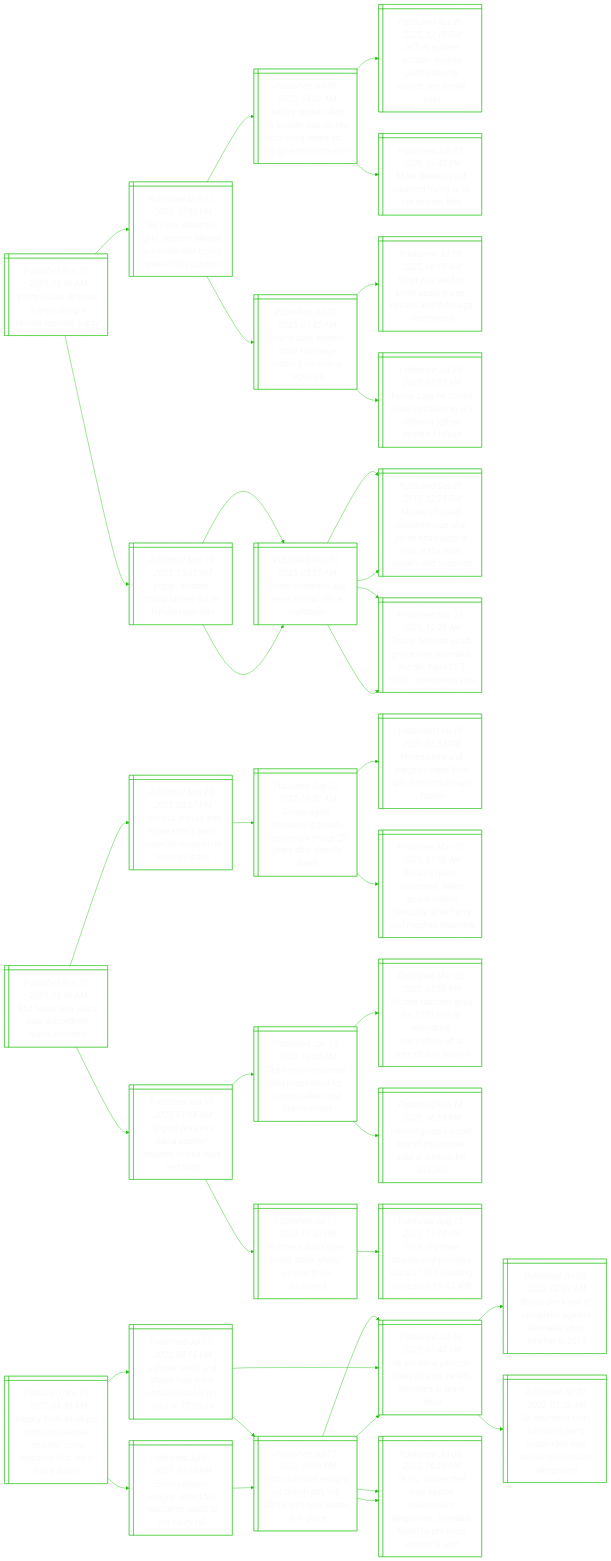
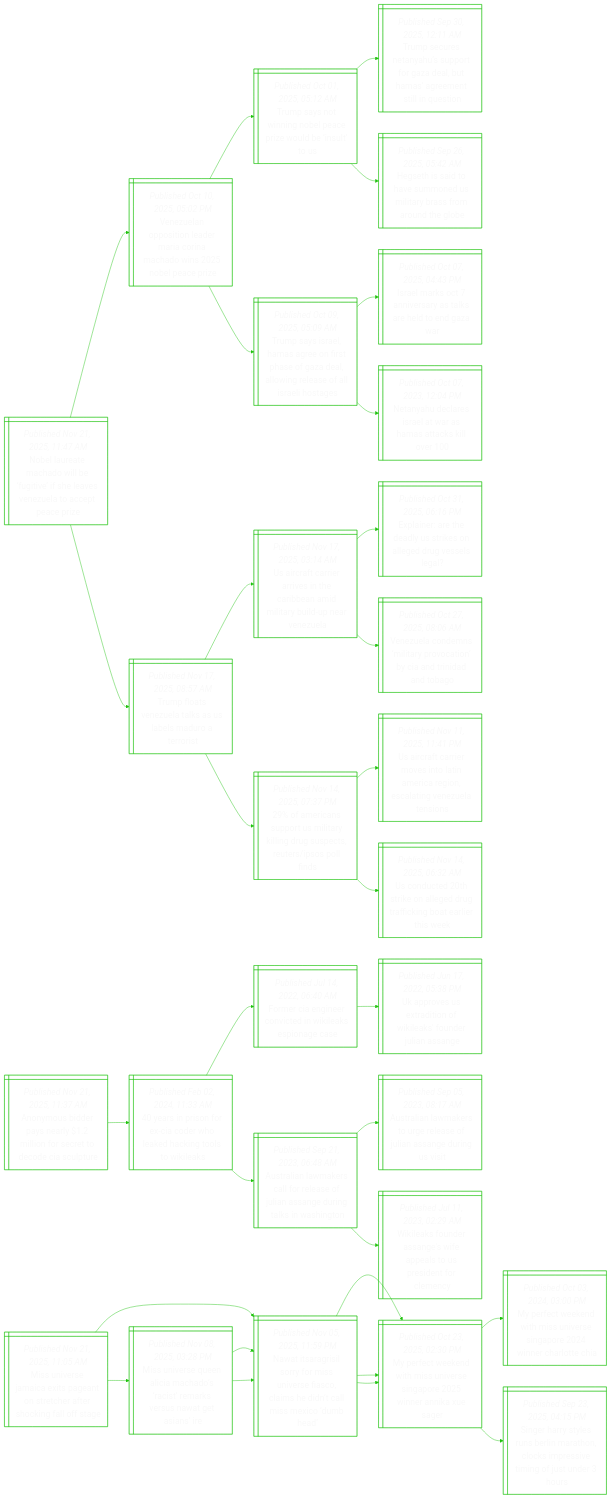
The diagram in README.md (notJmes/notJmes), drawn with Mermaid before and after one commit. The commit also changed other lines of this file, not shown here.

````diff
--- a/README.md
+++ b/README.md
@@ -16,121 +16,103 @@
 flowchart LR
 classDef txtsize font-size:20px;
 
-WHddmlferi@{ shape: win-pane, label: "_Published Nov 21, 2025, 06:48 AM_
-White house defends trump calling a female reporter ‘piggy’" }
-HwtipngesTkfot@{ shape: win-pane, label: "_Published Nov 12, 2025, 10:53 PM_
-‘he knew about the girls’: epstein alleged in e-mails that trump knew of his conduct" }
-Jetisdntigntvem@{ shape: win-pane, label: "_Published Jul 08, 2025, 04:02 AM_
-Jeffrey epstein died by suicide, has no sex trafficking ‘client list’: us government memo" }
-Jetcriiebceiy@{ shape: win-pane, label: "_Published Apr 26, 2025, 12:15 PM_
-Jeffrey epstein accuser virginia giuffre dies by suicide, her family says" }
-MesciuiEie@{ shape: win-pane, label: "_Published Jun 07, 2025, 09:45 PM_
-Musk deletes post claiming trump is ‘in the epstein files’" }
-Tspnerifag@{ shape: win-pane, label: "_Published Jul 30, 2025, 07:45 AM_
-Trump says epstein ‘stole’ underage victim from mar-a-lago spa" }
-WodoumtnMov@{ shape: win-pane, label: "_Published Jul 19, 2025, 06:16 AM_
-What you need to know about trump, epstein and the maga controversy" }
-Tseentnxneyes@{ shape: win-pane, label: "_Published Jul 29, 2025, 02:33 AM_
-Trump says he turned down invitation to sex offender jeffrey epstein’s island" }
-Ptbusuert@{ shape: win-pane, label: "_Published Nov 19, 2025, 10:05 AM_
-‘piggy’, ‘terrible’: trump lashes out at female reporters" }
-TttBsailn@{ shape: win-pane, label: "_Published Nov 19, 2025, 05:25 AM_
-Trump threatens abc news in oval office meltdown" }
-Mrusnrsasikeprsc@{ shape: win-pane, label: "_Published Oct 20, 2018, 12:23 PM_
-Murder of saudi dissident journalist jamal khashoggi: a look at the main players and suspects" }
-Tdddnersdiinst@{ shape: win-pane, label: "_Published Nov 19, 2025, 12:28 AM_
-Trump defends saudi prince over journalist murder, hails $1.3 trillion investment vow" }
-TttBsailn@{ shape: win-pane, label: "_Published Nov 19, 2025, 05:25 AM_
-Trump threatens abc news in oval office meltdown" }
-Mrusnrsasikeprsc@{ shape: win-pane, label: "_Published Oct 20, 2018, 12:23 PM_
-Murder of saudi dissident journalist jamal khashoggi: a look at the main players and suspects" }
-Tdddnersdiinst@{ shape: win-pane, label: "_Published Nov 19, 2025, 12:28 AM_
-Trump defends saudi prince over journalist murder, hails $1.3 trillion investment vow" }
+NlacwetfeVuopcz@{ shape: win-pane, label: "_Published Nov 21, 2025, 11:47 AM_
+Nobel laureate machado will be ‘fugitive’ if she leaves venezuela to accept peace prize" }
+Vuoilranhibai@{ shape: win-pane, label: "_Published Oct 10, 2025, 05:02 PM_
+Venezuelan opposition leader maria corina machado wins 2025 nobel peace prize" }
+TsonoeroelS@{ shape: win-pane, label: "_Published Oct 01, 2025, 05:12 AM_
+Trump says not winning nobel peace prize would be ‘insult’ to us" }
+Tseaupoabmrnluo@{ shape: win-pane, label: "_Published Sep 30, 2025, 12:11 AM_
+Trump secures netanyahu’s support for gaza deal, but hamas’ agreement still in question" }
+Htahueirsmng@{ shape: win-pane, label: "_Published Sep 26, 2025, 05:42 AM_
+Hegseth is said to have summoned us military brass from around the globe" }
+TssHaossaaorslaoe@{ shape: win-pane, label: "_Published Oct 09, 2025, 05:09 AM_
+Trump says israel, hamas agree on first phase of gaza deal, allowing release of all israeli hostages" }
+Ilsnrakhoar@{ shape: win-pane, label: "_Published Oct 07, 2025, 04:43 PM_
+Israel marks oct 7 anniversary as talks are held to end gaza war" }
+NyeeawHakl@{ shape: win-pane, label: "_Published Oct 07, 2023, 12:04 PM_
+Netanyahu declares israel at war as hamas attacks kill over 100" }
+TfsztaaMort@{ shape: win-pane, label: "_Published Nov 17, 2025, 08:57 AM_
+Trump floats venezuela talks as us labels maduro a terrorist" }
+Ucceinaeiiburz@{ shape: win-pane, label: "_Published Nov 17, 2025, 03:14 AM_
+Us aircraft carrier arrives in the caribbean amid military build-up near venezuela" }
+Eirdyroersl@{ shape: win-pane, label: "_Published Oct 31, 2025, 06:16 PM_
+Explainer: are the deadly us strikes on alleged drug vessels legal?​" }
+VuonipcnAraTo@{ shape: win-pane, label: "_Published Oct 27, 2025, 08:06 AM_
+Venezuela condemns ‘military provocation’ by cia and trinidad and tobago" }
+orsomalduttpon@{ shape: win-pane, label: "_Published Nov 14, 2025, 07:37 PM_
+29% of americans support us military killing drug suspects, reuters/ipsos poll finds" }
+Ucceeonigsteens@{ shape: win-pane, label: "_Published Nov 11, 2025, 11:41 PM_
+Us aircraft carrier moves into latin america region, escalating venezuela tensions" }
+Uddrngufialhe@{ shape: win-pane, label: "_Published Nov 14, 2025, 06:32 AM_
+Us conducted 20th strike on alleged drug trafficking boat earlier this week" }
 
-WHddmlferi:::txtsize --> HwtipngesTkfot:::txtsize
-HwtipngesTkfot:::txtsize --> Jetisdntigntvem:::txtsize
-Jetisdntigntvem:::txtsize --> Jetcriiebceiy:::txtsize
-Jetisdntigntvem:::txtsize --> MesciuiEie:::txtsize
-HwtipngesTkfot:::txtsize --> Tspnerifag:::txtsize
-Tspnerifag:::txtsize --> WodoumtnMov:::txtsize
-Tspnerifag:::txtsize --> Tseentnxneyes:::txtsize
-WHddmlferi:::txtsize --> Ptbusuert:::txtsize
-Ptbusuert:::txtsize --> TttBsailn:::txtsize
-TttBsailn:::txtsize --> Mrusnrsasikeprsc:::txtsize
-TttBsailn:::txtsize --> Tdddnersdiinst:::txtsize
-Ptbusuert:::txtsize --> TttBsailn:::txtsize
-TttBsailn:::txtsize --> Mrusnrsasikeprsc:::txtsize
-TttBsailn:::txtsize --> Tdddnersdiinst:::txtsize
+NlacwetfeVuopcz:::txtsize --> Vuoilranhibai:::txtsize
+Vuoilranhibai:::txtsize --> TsonoeroelS:::txtsize
+TsonoeroelS:::txtsize --> Tseaupoabmrnluo:::txtsize
+TsonoeroelS:::txtsize --> Htahueirsmng:::txtsize
+Vuoilranhibai:::txtsize --> TssHaossaaorslaoe:::txtsize
+TssHaossaaorslaoe:::txtsize --> Ilsnrakhoar:::txtsize
+TssHaossaaorslaoe:::txtsize --> NyeeawHakl:::txtsize
+NlacwetfeVuopcz:::txtsize --> TfsztaaMort:::txtsize
+TfsztaaMort:::txtsize --> Ucceinaeiiburz:::txtsize
+Ucceinaeiiburz:::txtsize --> Eirdyroersl:::txtsize
+Ucceinaeiiburz:::txtsize --> VuonipcnAraTo:::txtsize
+TfsztaaMort:::txtsize --> orsomalduttpon:::txtsize
+orsomalduttpon:::txtsize --> Ucceeonigsteens:::txtsize
+orsomalduttpon:::txtsize --> Uddrngufialhe:::txtsize
 
-BcwoidDiv@{ shape: win-pane, label: "_Published Nov 21, 2025, 06:48 AM_
-Bbc faces new woes over discredited diana interview" }
-Peaautaakuees@{ shape: win-pane, label: "_Published Nov 20, 2025, 08:27 PM_
-Princess diana’s wax figure enters paris waxwork museum in ‘revenge dress’" }
-Csnantohaatae@{ shape: win-pane, label: "_Published Aug 22, 2022, 09:52 AM_
-Crises again threatening british monarchy's image 25 years after diana's death" }
-Peyemipiirfy@{ shape: win-pane, label: "_Published Feb 19, 2021, 08:53 PM_
-Prince harry and meghan make final split with british royal family" }
-BieddssirlerMnr@{ shape: win-pane, label: "_Published Mar 10, 2021, 01:56 AM_
-Britain's queen 'saddened', takes racism claims 'seriously' after harry and meghan interview" }
-LsnDaotfsag@{ shape: win-pane, label: "_Published Jun 10, 2025, 01:58 AM_
-‘largest princess diana auction’ features frocks, hats and bags" }
-Tossrerityaa@{ shape: win-pane, label: "_Published Jan 10, 2024, 12:46 AM_
-The crown costumes and props head for auction after royal drama wraps" }
-Secoreieelcrun@{ shape: win-pane, label: "_Published Mar 03, 2023, 03:00 PM_
-Stuffed raccoon goes for $121,000 at everything everywhere all at once charity auction" }
-Fspnxotlun@{ shape: win-pane, label: "_Published Feb 14, 2023, 06:55 PM_
-Forrest gump’s iconic ‘box of chocolates’ sold at auction for $33,000" }
-Pearecepbtd@{ shape: win-pane, label: "_Published Jul 17, 2023, 11:40 PM_
-Princess diana’s pre-loved ‘black sheep’ jumper to be auctioned" }
-Sonaaisadalr@{ shape: win-pane, label: "_Published Aug 12, 2021, 11:14 AM_
-Slice of prince charles and princess diana's 1981 wedding cake sells for $3,400" }
+AmipemostcIle@{ shape: win-pane, label: "_Published Nov 21, 2025, 11:37 AM_
+Anonymous bidder pays nearly $1.2 million for secret to decode cia sculpture" }
+yisrArehnlia@{ shape: win-pane, label: "_Published Feb 02, 2024, 11:33 AM_
+40 years in prison for ex-cia coder who leaked hacking tools to wikileaks" }
+Frnevdkkie@{ shape: win-pane, label: "_Published Jul 14, 2022, 06:40 AM_
+Former cia engineer convicted in wikileaks espionage case" }
+UrUriWeoraa@{ shape: win-pane, label: "_Published Jun 17, 2022, 05:38 PM_
+Uk approves us extradition of wikileaks' founder julian assange" }
+AalkaraJnnranin@{ shape: win-pane, label: "_Published Sep 21, 2023, 06:48 AM_
+Australian lawmakers call for release of julian assange during talks in washington" }
+AalkorsuAgiv@{ shape: win-pane, label: "_Published Sep 05, 2023, 08:17 AM_
+Australian lawmakers to urge release of julian assange during us visit" }
+Weorniptrere@{ shape: win-pane, label: "_Published Jul 11, 2023, 02:29 AM_
+Wikileaks founder assange's wife appeals to us president for clemency" }
 
-BcwoidDiv:::txtsize --> Peaautaakuees:::txtsize
-Peaautaakuees:::txtsize --> Csnantohaatae:::txtsize
-Csnantohaatae:::txtsize --> Peyemipiirfy:::txtsize
-Csnantohaatae:::txtsize --> BieddssirlerMnr:::txtsize
-BcwoidDiv:::txtsize --> LsnDaotfsag:::txtsize
-LsnDaotfsag:::txtsize --> Tossrerityaa:::txtsize
-Tossrerityaa:::txtsize --> Secoreieelcrun:::txtsize
-Tossrerityaa:::txtsize --> Fspnxotlun:::txtsize
-LsnDaotfsag:::txtsize --> Pearecepbtd:::txtsize
-Pearecepbtd:::txtsize --> Sonaaisadalr:::txtsize
+AmipemostcIle:::txtsize --> yisrArehnlia:::txtsize
+yisrArehnlia:::txtsize --> Frnevdkkie:::txtsize
+Frnevdkkie:::txtsize --> UrUriWeoraa:::txtsize
+yisrArehnlia:::txtsize --> AalkaraJnnranin:::txtsize
+AalkaraJnnranin:::txtsize --> AalkorsuAgiv:::txtsize
+AalkaraJnnranin:::txtsize --> Weorniptrere:::txtsize
 
-IrdKhoaoOestods@{ shape: win-pane, label: "_Published Nov 21, 2025, 06:30 AM_
-Inquiry finds ex-uk pm johnson oversaw ‘chaotic’ covid response that led to more deaths" }
-Ceodsoonhpns@{ shape: win-pane, label: "_Published Jul 07, 2022, 08:18 PM_
-Cabinet revolt and chaos: how boris johnson lost his pm post in 72 hours" }
-BJoisiwenedic@{ shape: win-pane, label: "_Published Jul 07, 2022, 03:58 PM_
-Boris johnson resigns as british pm, will serve until new leader is in place" }
-Uoonsnaiegb@{ shape: win-pane, label: "_Published Jul 06, 2022, 01:44 AM_
-Uk pm boris johnson loses finance, health ministers in grave blow" }
-UudeusulicleMsso@{ shape: win-pane, label: "_Published Jul 06, 2022, 06:23 AM_
-Uk mp suspended over sexual misconduct allegations: scandals faced by pm boris johnson's govt" }
-Uoonsnaiegb@{ shape: win-pane, label: "_Published Jul 06, 2022, 01:44 AM_
-Uk pm boris johnson loses finance, health ministers in grave blow" }
-Bsncagtahir@{ shape: win-pane, label: "_Published Jul 06, 2022, 02:29 AM_
-British pm knew of complaint against lawmaker chris pincher in 2019" }
-Umfontpdslotgn@{ shape: win-pane, label: "_Published Jul 02, 2022, 01:38 AM_
-Uk lawmaker from johnson's party suspended over sexual misconduct allegations" }
-BJoiheuoditl@{ shape: win-pane, label: "_Published Jul 07, 2022, 10:04 PM_
-Boris johnson resigns: shredded reputation leads to his nasty fall" }
-BJoisiwenedic@{ shape: win-pane, label: "_Published Jul 07, 2022, 03:58 PM_
-Boris johnson resigns as british pm, will serve until new leader is in place" }
-Uoonsnaiegb@{ shape: win-pane, label: "_Published Jul 06, 2022, 01:44 AM_
-Uk pm boris johnson loses finance, health ministers in grave blow" }
-UudeusulicleMsso@{ shape: win-pane, label: "_Published Jul 06, 2022, 06:23 AM_
-Uk mp suspended over sexual misconduct allegations: scandals faced by pm boris johnson's govt" }
+Mnsaxatreecffg@{ shape: win-pane, label: "_Published Nov 21, 2025, 11:05 AM_
+Miss universe jamaica exits pageant on stretcher after shocking fall off stage" }
+NIairMnssaetMede@{ shape: win-pane, label: "_Published Nov 05, 2025, 11:59 PM_
+Nawat itsaragrisil sorry for miss universe fiasco, claims he didn’t call miss mexico ‘dumb head’" }
+MfedMnsgeeier@{ shape: win-pane, label: "_Published Oct 23, 2025, 02:30 PM_
+My perfect weekend with miss universe singapore 2025 winner annika xue sager" }
+MfedMnsgeere@{ shape: win-pane, label: "_Published Oct 03, 2024, 03:00 PM_
+My perfect weekend with miss universe singapore 2024 winner charlotte chia" }
+Sryesiacseenudu@{ shape: win-pane, label: "_Published Sep 23, 2025, 04:15 PM_
+Singer harry styles runs berlin marathon, clocks impressive timing of just under 3 hours" }
+MnseccssaeNgir@{ shape: win-pane, label: "_Published Nov 08, 2025, 03:28 PM_
+Miss universe queen alicia machado’s ‘racist’ remarks versus nawat get asians’ ire" }
+NIairMnssaetMede@{ shape: win-pane, label: "_Published Nov 05, 2025, 11:59 PM_
+Nawat itsaragrisil sorry for miss universe fiasco, claims he didn’t call miss mexico ‘dumb head’" }
+MfedMnsgeeier@{ shape: win-pane, label: "_Published Oct 23, 2025, 02:30 PM_
+My perfect weekend with miss universe singapore 2025 winner annika xue sager" }
+NIairMnssaetMede@{ shape: win-pane, label: "_Published Nov 05, 2025, 11:59 PM_
+Nawat itsaragrisil sorry for miss universe fiasco, claims he didn’t call miss mexico ‘dumb head’" }
+MfedMnsgeeier@{ shape: win-pane, label: "_Published Oct 23, 2025, 02:30 PM_
+My perfect weekend with miss universe singapore 2025 winner annika xue sager" }
 
-IrdKhoaoOestods:::txtsize --> Ceodsoonhpns:::txtsize
-Ceodsoonhpns:::txtsize --> BJoisiwenedic:::txtsize
-BJoisiwenedic:::txtsize --> Uoonsnaiegb:::txtsize
-BJoisiwenedic:::txtsize --> UudeusulicleMsso:::txtsize
-Ceodsoonhpns:::txtsize --> Uoonsnaiegb:::txtsize
-Uoonsnaiegb:::txtsize --> Bsncagtahir:::txtsize
-Uoonsnaiegb:::txtsize --> Umfontpdslotgn:::txtsize
-IrdKhoaoOestods:::txtsize --> BJoiheuoditl:::txtsize
-BJoiheuoditl:::txtsize --> BJoisiwenedic:::txtsize
-BJoisiwenedic:::txtsize --> Uoonsnaiegb:::txtsize
-BJoisiwenedic:::txtsize --> UudeusulicleMsso:::txtsize
+Mnsaxatreecffg:::txtsize --> NIairMnssaetMede:::txtsize
+NIairMnssaetMede:::txtsize --> MfedMnsgeeier:::txtsize
+MfedMnsgeeier:::txtsize --> MfedMnsgeere:::txtsize
+MfedMnsgeeier:::txtsize --> Sryesiacseenudu:::txtsize
+Mnsaxatreecffg:::txtsize --> MnseccssaeNgir:::txtsize
+MnseccssaeNgir:::txtsize --> NIairMnssaetMede:::txtsize
+NIairMnssaetMede:::txtsize --> MfedMnsgeeier:::txtsize
+MnseccssaeNgir:::txtsize --> NIairMnssaetMede:::txtsize
+NIairMnssaetMede:::txtsize --> MfedMnsgeeier:::txtsize
 
 ```
````
